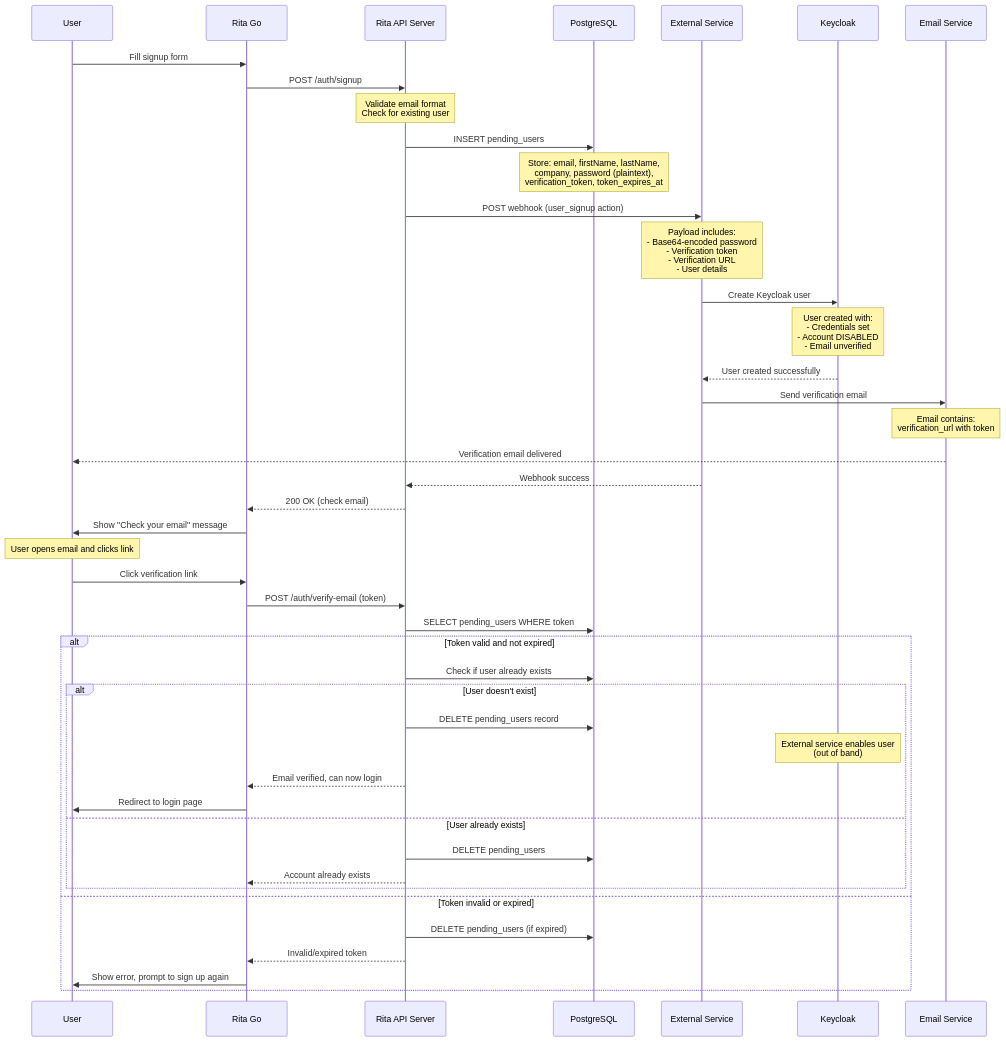
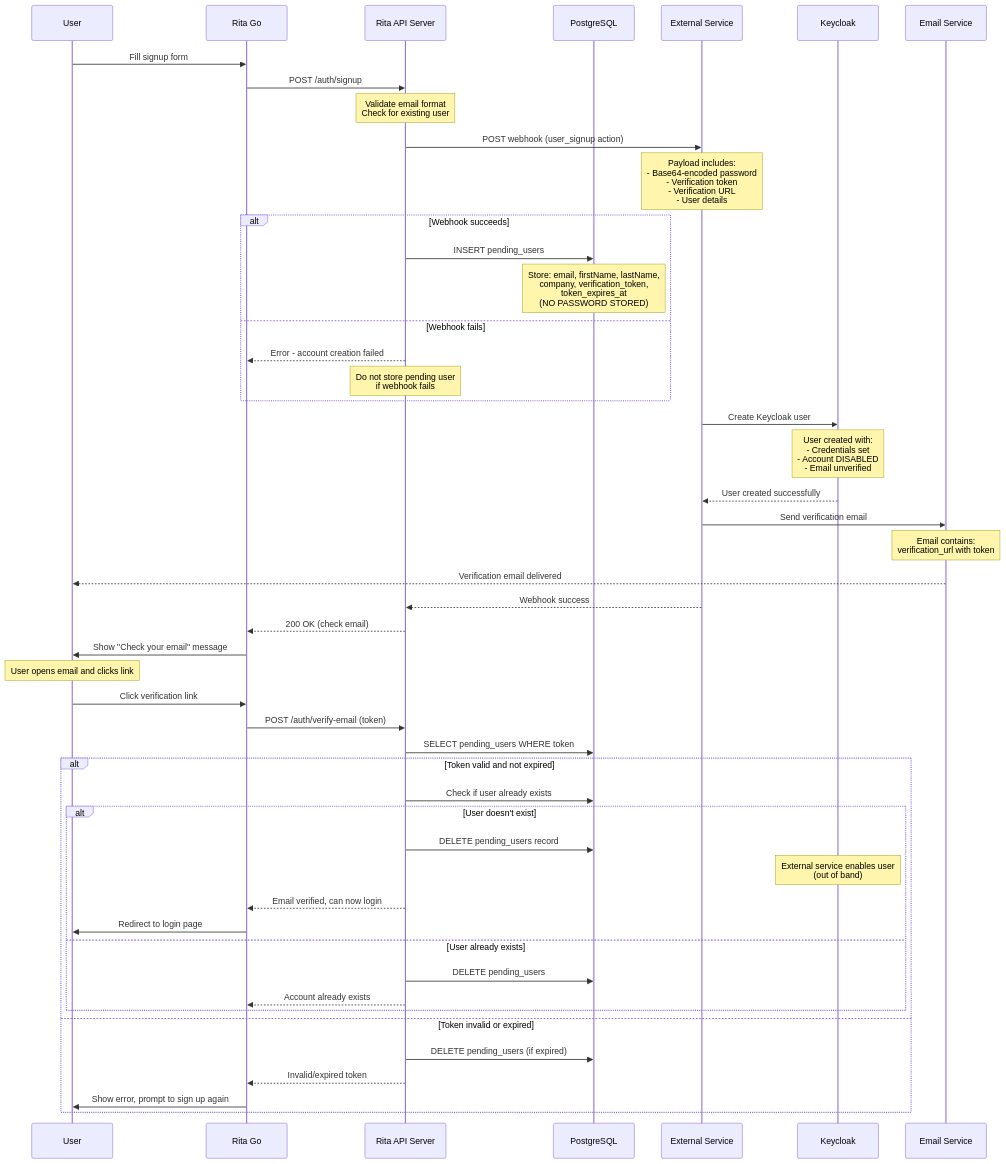
The sixth of 8 diagrams in docs/AUTHENTICATION_FLOW.md (ewilhelmy-resolve/resolve-prototypes), drawn with Mermaid before and after one commit. The commit also changed other lines of this file and 2 other files, not shown here.

First line of the commit message:
security(auth): implement zero-storage password architecture

````diff
--- a/docs/AUTHENTICATION_FLOW.md
+++ b/docs/AUTHENTICATION_FLOW.md
@@ -314,56 +314,61 @@
 ```mermaid
 sequenceDiagram
     participant U as User
     participant Client as Rita Go
     participant API as Rita API Server
     participant DB as PostgreSQL
     participant Webhook as External Service
     participant KC as Keycloak
     participant Email as Email Service
 
     U->>Client: Fill signup form
     Client->>API: POST /auth/signup
     Note over API: Validate email format<br/>Check for existing user
 
-    API->>DB: INSERT pending_users
-    Note over DB: Store: email, firstName, lastName,<br/>company, password (plaintext),<br/>verification_token, token_expires_at
-
     API->>Webhook: POST webhook (user_signup action)
     Note over Webhook: Payload includes:<br/>- Base64-encoded password<br/>- Verification token<br/>- Verification URL<br/>- User details
+
+    alt Webhook succeeds
+        API->>DB: INSERT pending_users
+        Note over DB: Store: email, firstName, lastName,<br/>company, verification_token,<br/>token_expires_at<br/>(NO PASSWORD STORED)
+    else Webhook fails
+        API-->>Client: Error - account creation failed
+        Note over API: Do not store pending user<br/>if webhook fails
+    end
 
     Webhook->>KC: Create Keycloak user
     Note over KC: User created with:<br/>- Credentials set<br/>- Account DISABLED<br/>- Email unverified
 
     KC-->>Webhook: User created successfully
 
     Webhook->>Email: Send verification email
     Note over Email: Email contains:<br/>verification_url with token
 
     Email-->>U: Verification email delivered
     Webhook-->>API: Webhook success
     API-->>Client: 200 OK (check email)
     Client->>U: Show "Check your email" message
 
     Note over U: User opens email and clicks link
 
     U->>Client: Click verification link
     Client->>API: POST /auth/verify-email (token)
 
     API->>DB: SELECT pending_users WHERE token
     alt Token valid and not expired
         API->>DB: Check if user already exists
         alt User doesn't exist
             API->>DB: DELETE pending_users record
             Note over KC: External service enables user<br/>(out of band)
             API-->>Client: Email verified, can now login
             Client->>U: Redirect to login page
         else User already exists
             API->>DB: DELETE pending_users
             API-->>Client: Account already exists
         end
     else Token invalid or expired
         API->>DB: DELETE pending_users (if expired)
         API-->>Client: Invalid/expired token
         Client->>U: Show error, prompt to sign up again
     end
 ```
````
